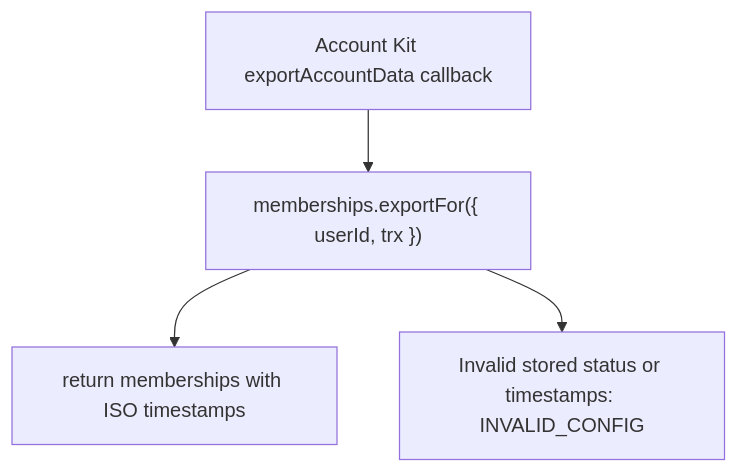
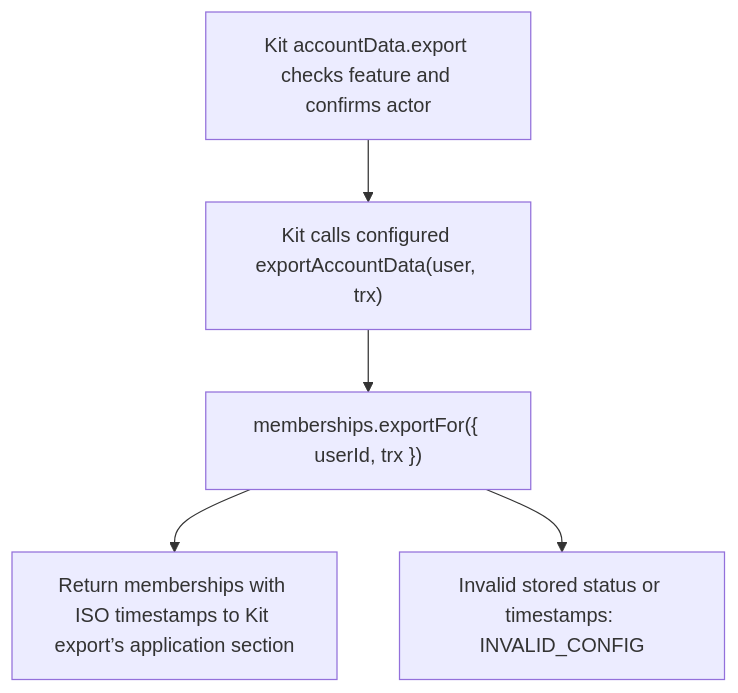
One commit to Kevinjohn/oss-adonisjs-access-control changed the second of 2 diagrams in user-stories/US-ACCESS-13-integrate-account-lifecycle.md. Above: the diagram before and after it, drawn with Mermaid. The commit also changed other lines of this file and 25 other files, not shown here.

````diff
--- a/user-stories/US-ACCESS-13-integrate-account-lifecycle.md
+++ b/user-stories/US-ACCESS-13-integrate-account-lifecycle.md
@@ -32,6 +32,6 @@
 ```mermaid
 flowchart TD
-    A["Account Kit exportAccountData callback"] --> B["memberships.exportFor({ userId, trx })"]
-    B --> C["return memberships with ISO timestamps"]
+    A0["Kit accountData.export checks feature and confirms actor"] --> A["Kit calls configured exportAccountData(user, trx)"] --> B["memberships.exportFor({ userId, trx })"]
+    B --> C["Return memberships with ISO timestamps to Kit export’s application section"]
     B --> X["Invalid stored status or timestamps: INVALID_CONFIG"]
 ```
````
